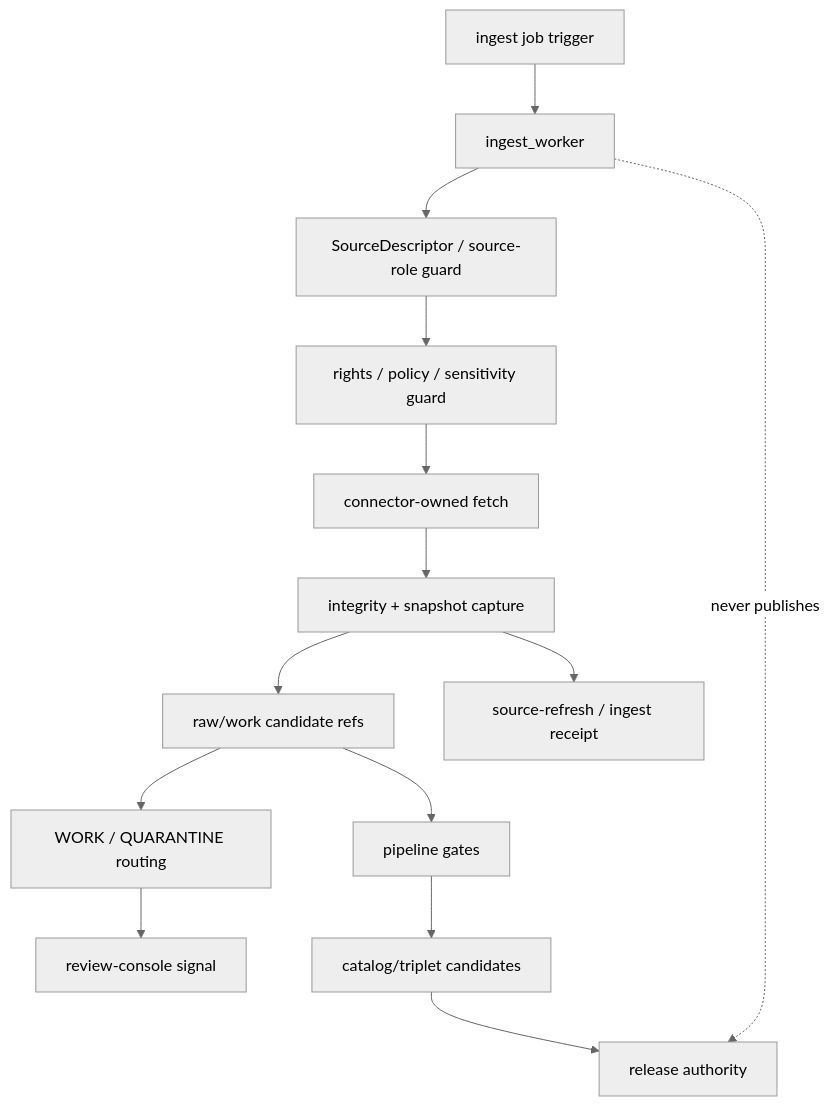
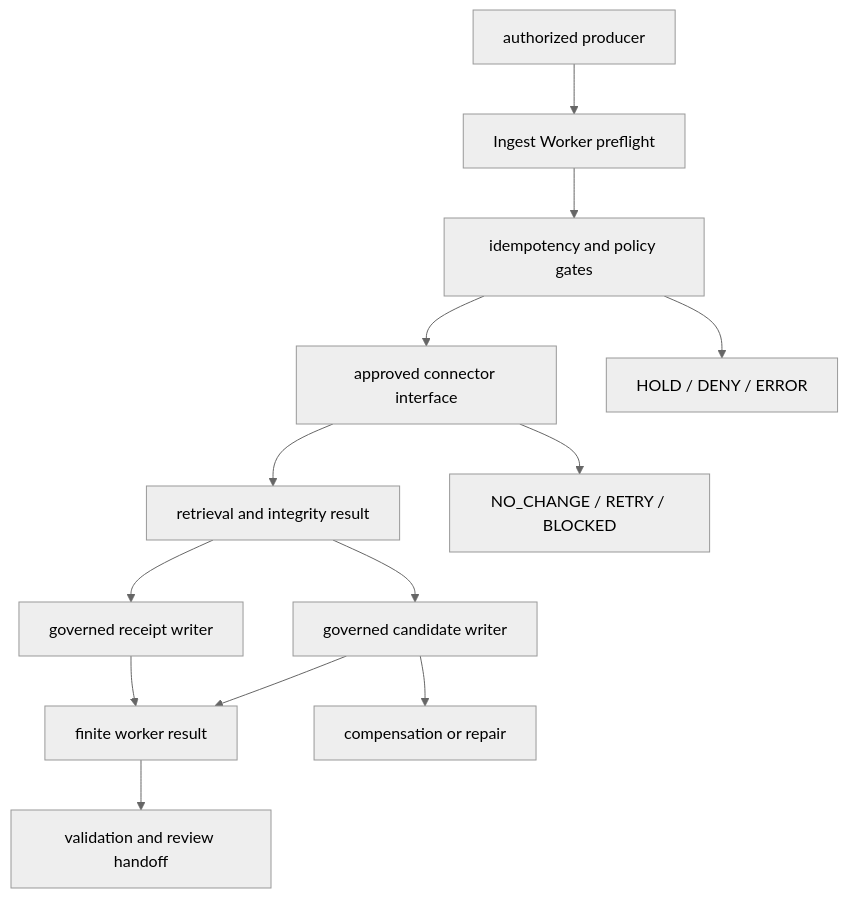
Before and after one commit to bartytime4life/Kansas-Frontier-Matrix: the diagram in apps/workers/src/ingest_worker/README.md, drawn with Mermaid (neutral theme). The commit also changed other lines of this file, not shown here.

Commit message:
docs(workers): modernize ingest worker boundary

````diff
--- a/apps/workers/src/ingest_worker/README.md
+++ b/apps/workers/src/ingest_worker/README.md
@@ -199,16 +691,16 @@
 ```mermaid
 flowchart TD
-    trigger["ingest job trigger"] --> worker["ingest_worker"]
-    worker --> source["SourceDescriptor / source-role guard"]
-    source --> rights["rights / policy / sensitivity guard"]
-    rights --> connector["connector-owned fetch"]
-    connector --> integrity["integrity + snapshot capture"]
-    integrity --> candidate["raw/work candidate refs"]
-    integrity --> receipt["source-refresh / ingest receipt"]
-    candidate --> quarantine["WORK / QUARANTINE routing"]
-    quarantine --> review["review-console signal"]
-    candidate --> pipeline["pipeline gates"]
-    pipeline --> catalog["catalog/triplet candidates"]
-    catalog --> release["release authority"]
-    worker -. "never publishes" .-> release
+    A["authorized producer"] --> B["Ingest Worker preflight"]
+    B --> C["idempotency and policy gates"]
+    C --> D["approved connector interface"]
+    D --> E["retrieval and integrity result"]
+    E --> F["governed candidate writer"]
+    E --> G["governed receipt writer"]
+    F --> H["finite worker result"]
+    G --> H
+    H --> I["validation and review handoff"]
+
+    C --> J["HOLD / DENY / ERROR"]
+    D --> K["NO_CHANGE / RETRY / BLOCKED"]
+    F --> L["compensation or repair"]
 ```
````
